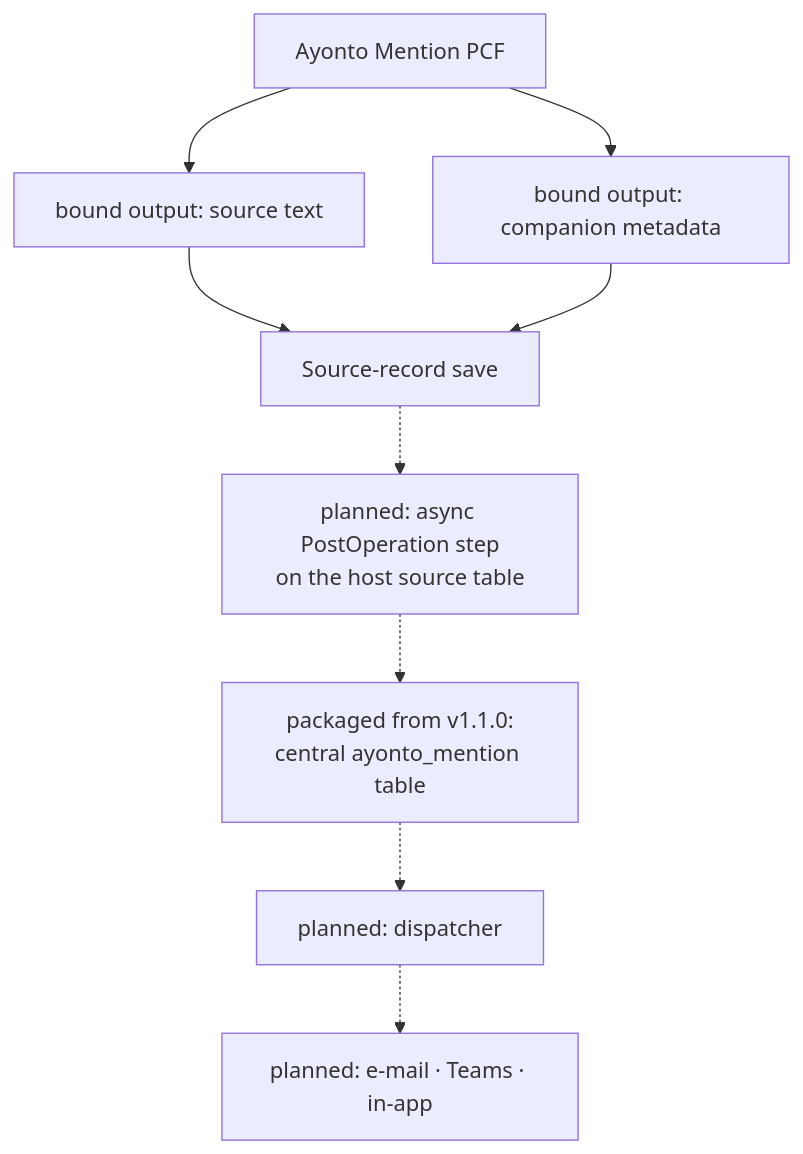
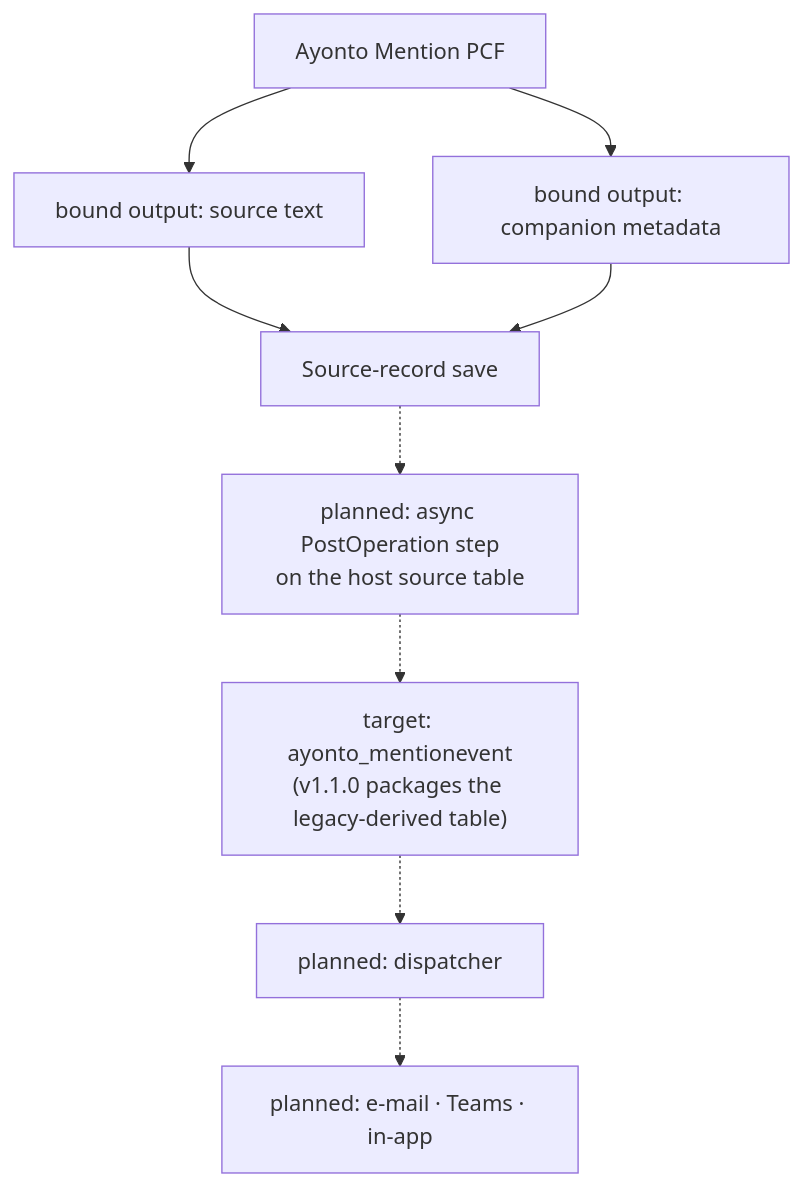
Before and after one commit to Ayonto-Digital-Solutions/ayonto-mention: the diagram in docs/server-architecture.md, drawn with Mermaid. The commit also changed other lines of this file and 2 other files, not shown here.

First line of the commit message:
docs: define universal mention notification architecture (#40)

````diff
--- a/docs/server-architecture.md
+++ b/docs/server-architecture.md
@@ -22,11 +250,11 @@
 ```mermaid
 flowchart TD
     pcf["Ayonto Mention PCF"] --> text["bound output: source text"]
     pcf --> meta["bound output: companion metadata"]
     text --> save["Source-record save"]
     meta --> save
     save -.-> step["planned: async PostOperation step<br/>on the host source table"]
-    step -.-> ledger["packaged from v1.1.0:<br/>central ayonto_mention table"]
+    step -.-> ledger["target: ayonto_mentionevent<br/>(v1.1.0 packages the legacy-derived table)"]
     ledger -.-> dispatcher["planned: dispatcher"]
     dispatcher -.-> channels["planned: e-mail · Teams · in-app"]
 ```
````
